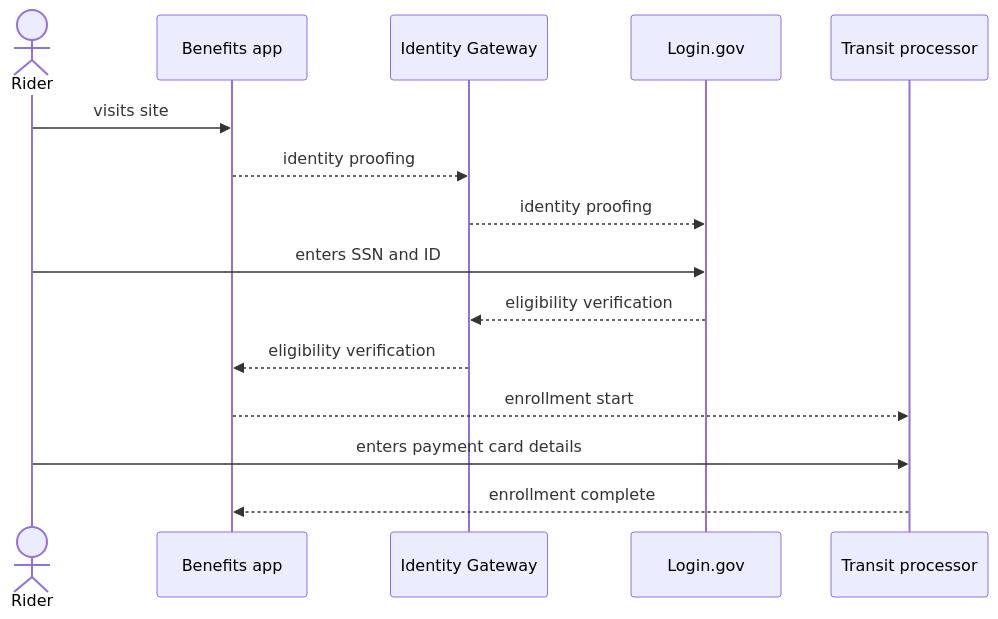
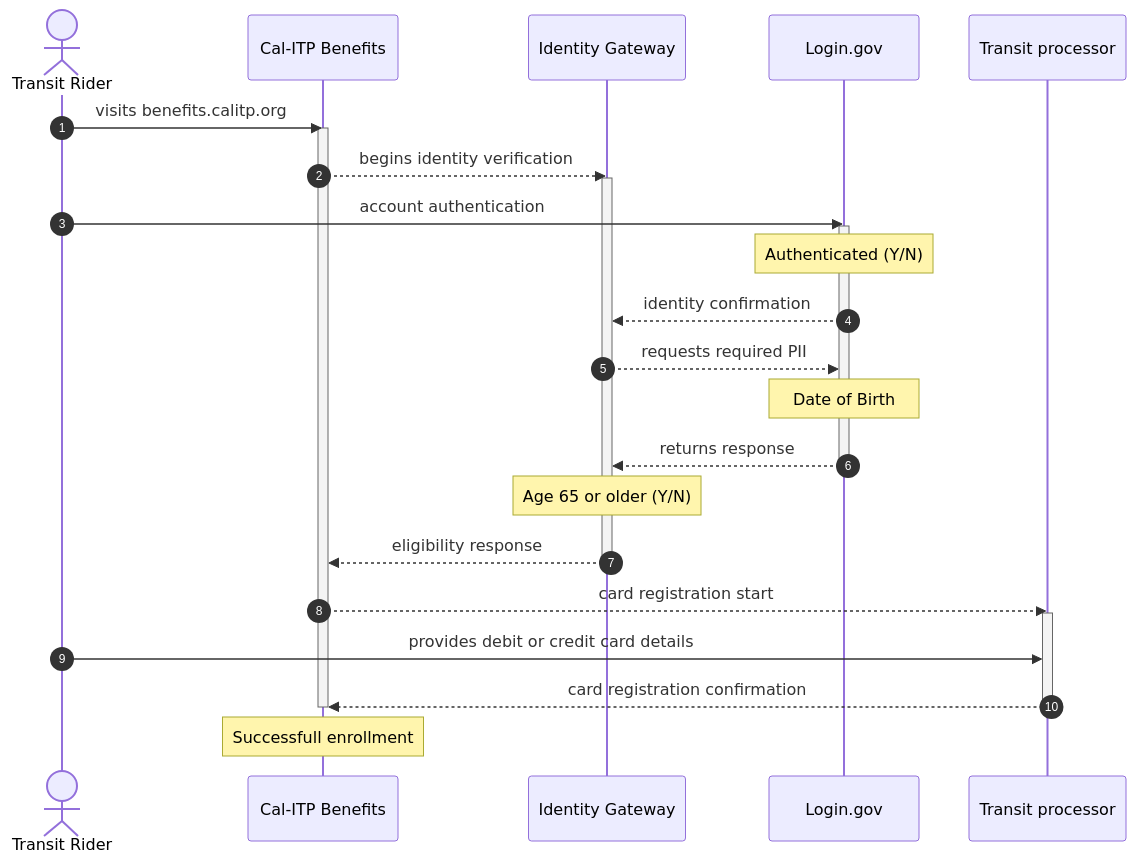
One commit to cal-itp/benefits changed the diagram in docs/explanation/enrollment-pathways/older-adults.md. Above: the diagram before and after it, drawn with Mermaid. The commit also changed other lines of this file, not shown here.

Commit message:
docs: updates older adult enrollment sequence diagram
- updated enrollment diagram to align with the structure and format of other enrollment pathway diagrams

````diff
--- a/docs/explanation/enrollment-pathways/older-adults.md
+++ b/docs/explanation/enrollment-pathways/older-adults.md
@@ -15,18 +15,32 @@
 ```mermaid
 sequenceDiagram
-    actor Rider
-    participant Benefits as Benefits app
+autonumber
+%% Self-service Enrollment for Older Adults
+    actor TransitRider as Transit Rider
+    participant Benefits as Cal-ITP Benefits
     participant IdG as Identity Gateway
-    participant Login.gov
-    participant Transit processor
-
-    Rider->>Benefits: visits site
-    Benefits-->>IdG: identity proofing
-    IdG-->>Login.gov: identity proofing
-    Rider->>Login.gov: enters SSN and ID
-    Login.gov-->>IdG: eligibility verification
-    IdG-->>Benefits: eligibility verification
-    Benefits-->>Transit processor: enrollment start
-    Rider->>Transit processor: enters payment card details
-    Transit processor-->>Benefits: enrollment complete
+    participant verifyIdentity as Login.gov
+    participant TransitProcessor as Transit processor
+TransitRider->>Benefits: visits benefits.calitp.org
+    activate Benefits
+Benefits-->>IdG: begins identity verification
+    activate IdG
+TransitRider->>verifyIdentity: account authentication
+    activate verifyIdentity
+    Note over verifyIdentity: Authenticated (Y/N)
+verifyIdentity-->>IdG: identity confirmation
+IdG-->>verifyIdentity: requests required PII
+    Note over verifyIdentity: Date of Birth
+verifyIdentity-->>IdG: returns response
+    deactivate verifyIdentity
+    Note over IdG: Age 65 or older (Y/N)
+IdG-->>Benefits: eligibility response
+    deactivate IdG
+Benefits-->>TransitProcessor: card registration start
+    activate TransitProcessor
+TransitRider->>TransitProcessor: provides debit or credit card details
+TransitProcessor-->>Benefits: card registration confirmation
+    deactivate TransitProcessor
+    deactivate Benefits
+    Note over Benefits: Successfull enrollment
 ```
````
